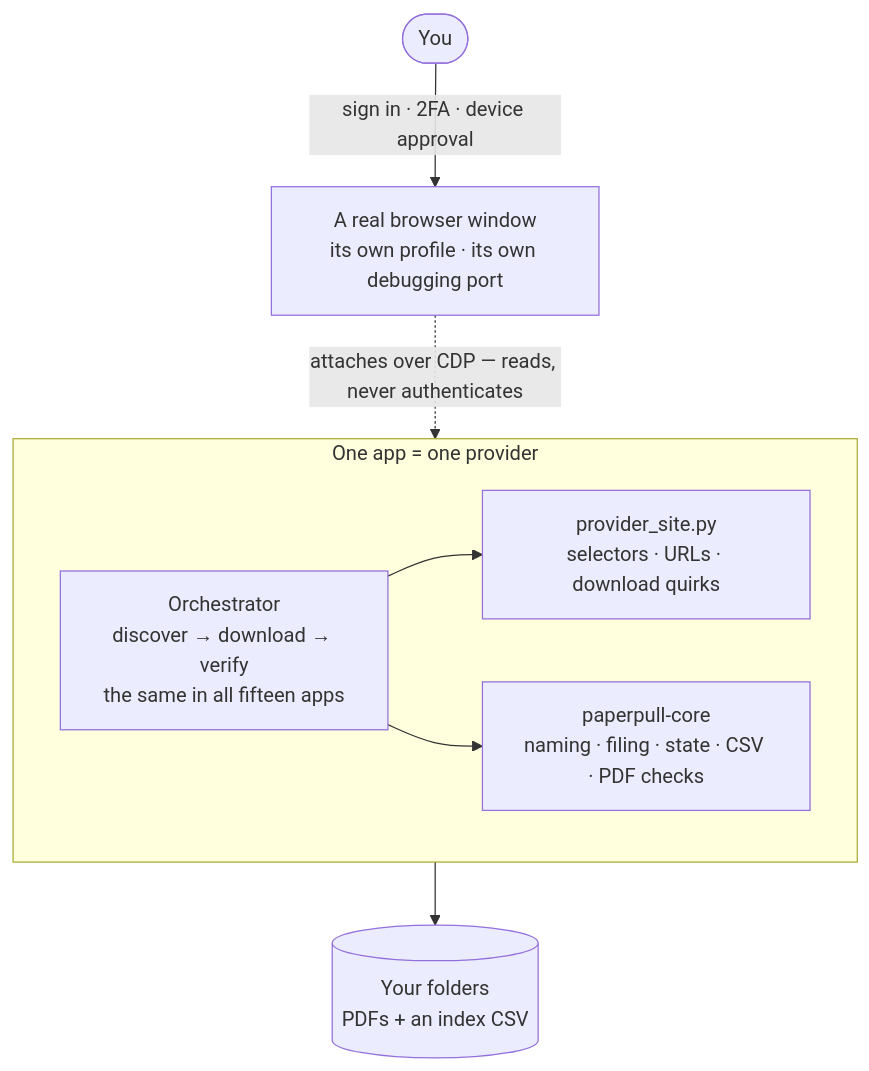
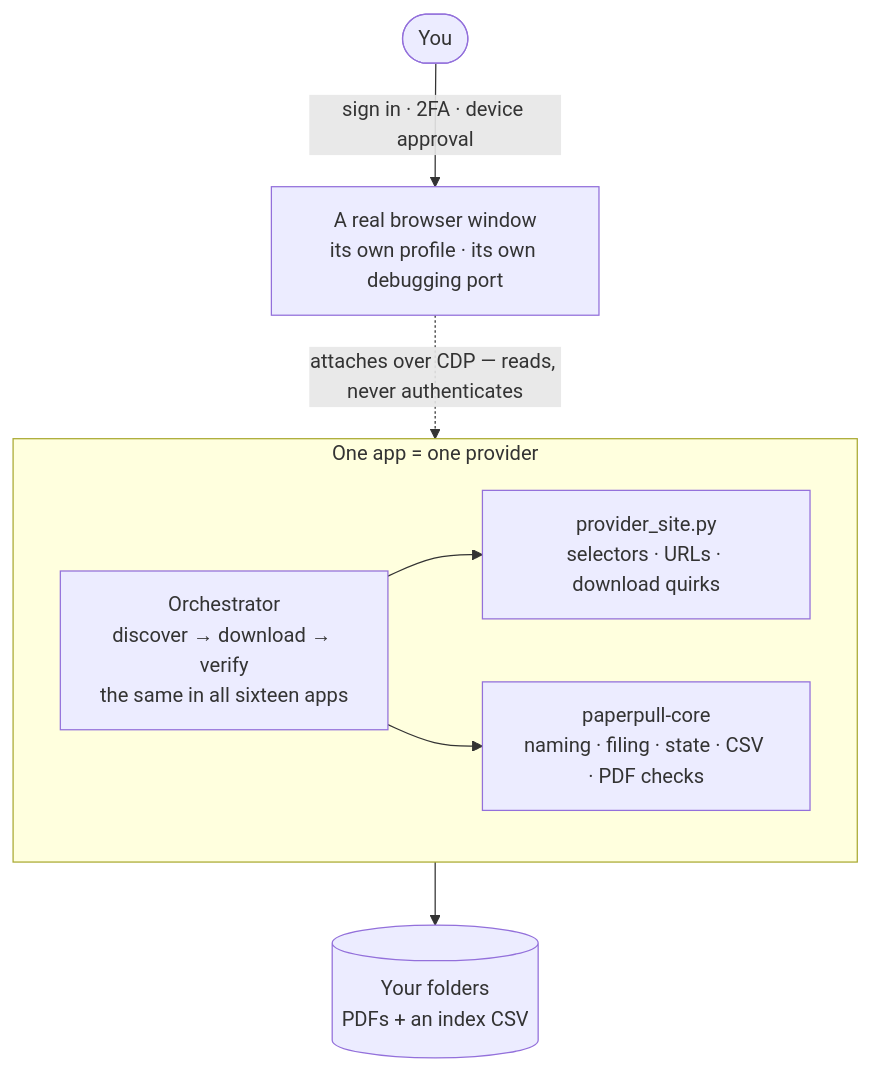
One commit to rheeloaded/paperpull changed the first of 2 diagrams in README.md. Above: the diagram before and after it, drawn with Mermaid. The commit also changed other lines of this file and 30 other files, not shown here.

````diff
--- a/README.md
+++ b/README.md
@@ -49,13 +50,13 @@
 ```mermaid
 flowchart TB
     you(["You"]) -->|"sign in · 2FA · device approval"| br["A real browser window<br/>its own profile · its own debugging port"]
     br -.->|"attaches over CDP — reads, never authenticates"| app
     subgraph app ["One app = one provider"]
-        orch["Orchestrator<br/>discover → download → verify<br/>the same in all fifteen apps"]
+        orch["Orchestrator<br/>discover → download → verify<br/>the same in all sixteen apps"]
         site["provider_site.py<br/>selectors · URLs · download quirks"]
         core["paperpull-core<br/>naming · filing · state · CSV · PDF checks"]
         orch --> site
         orch --> core
     end
     app --> out[("Your folders<br/>PDFs + an index CSV")]
 ```
````
